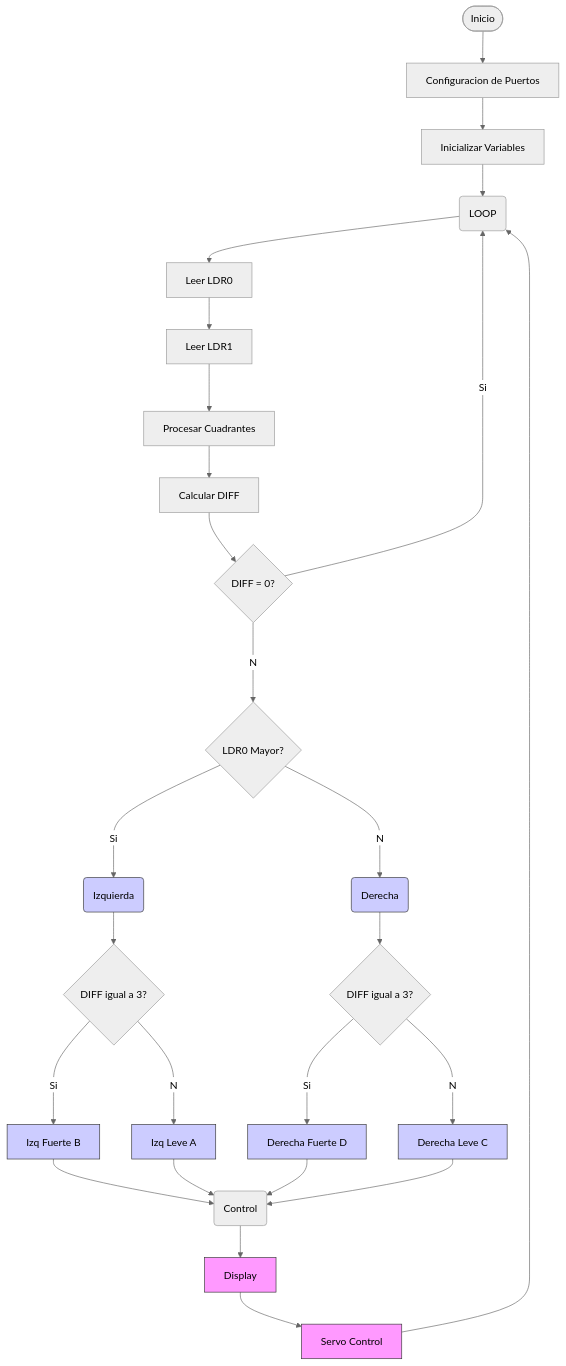
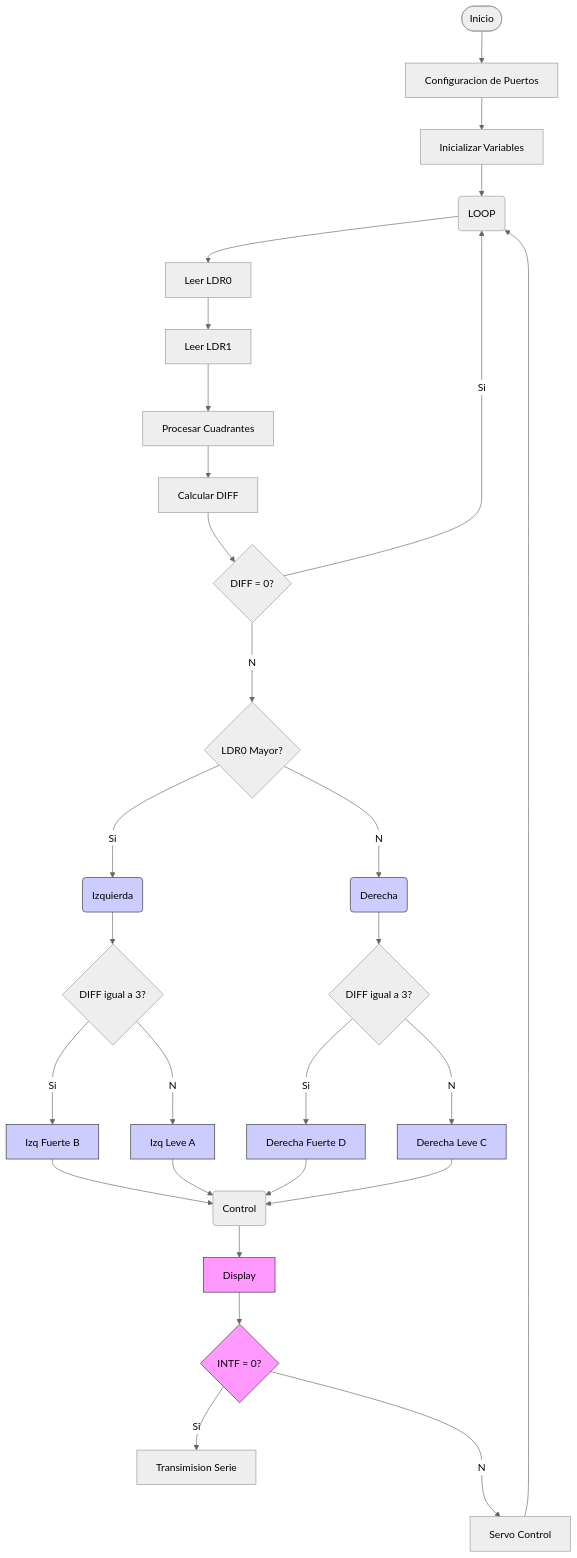
One commit to juan-felipe-castilla/Digital2 changed the diagram in README.md. Above: the diagram before and after it, drawn with Mermaid (neutral theme).

````diff
--- a/README.md
+++ b/README.md
@@ -64,37 +64,39 @@
 ```mermaid 
 flowchart TD
 A([Inicio])-->B[Configuracion de Puertos]
 B-->C[Inicializar Variables]
 C-->D(LOOP)
 D-->E[Leer LDR0]
 E-->F[Leer LDR1]
 F-->I[Procesar Cuadrantes]
 I-->J[Calcular DIFF]
 J-->K{DIFF = 0?}
 K--Si-->D
 K--No-->L{LDR0 Mayor?}
 L--Si-->M(Izquierda)
 L--No-->N(Derecha)
 M-->M1{DIFF igual a 3?}
 M1--Si-->O[Izq Fuerte B]
 M1--No-->P[Izq Leve A]
 N-->N1{DIFF igual a 3?}
 N1--Si-->Q[Derecha Fuerte D]
 N1--No-->R[Derecha Leve C]
 O-->S(Control)
 P-->S
 Q-->S
 R-->S
 S-->T[Display]
-T-->U[Servo Control]
-U-->D
+T-->U{INTF = 0?}
+U--Si-->V[Transimision Serie]
+U--No-->W[Servo Control]
+W-->D
 
 style M fill:#ccf,stroke:#333
 style N fill:#ccf,stroke:#333
 style O fill:#ccf,stroke:#333
 style P fill:#ccf,stroke:#333
 style Q fill:#ccf,stroke:#333
 style R fill:#ccf,stroke:#333
 style T fill:#f9f,stroke:#333
 style U fill:#f9f,stroke:#333
 ```
````
